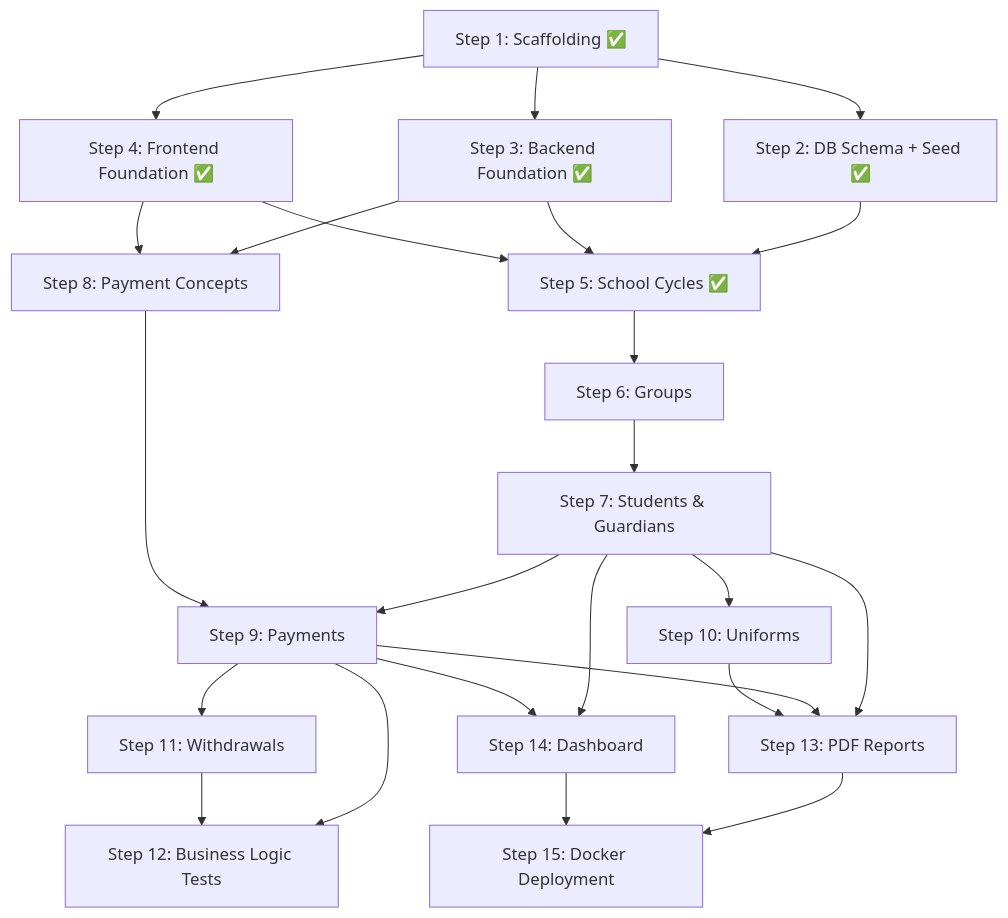
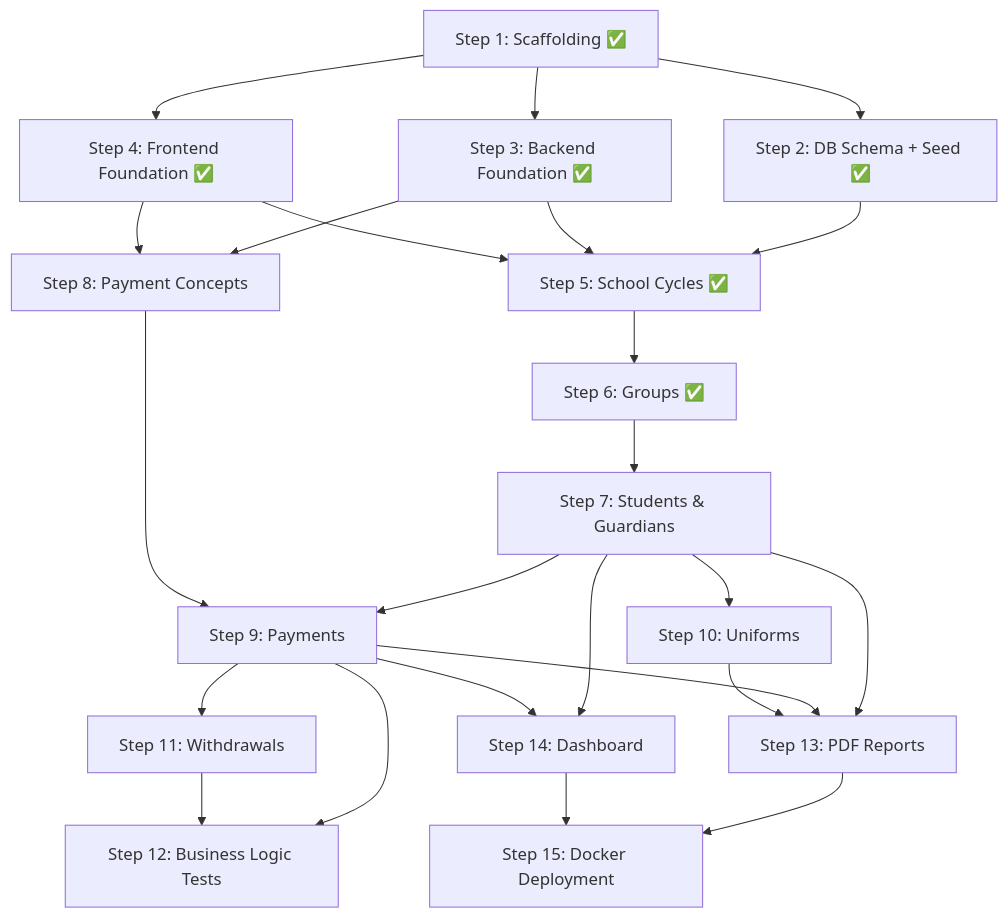
One commit to OmarERz/Sistema_Gestion_Escolar changed the diagram in docs/implementation-plan.md. Above: the diagram before and after it, drawn with Mermaid. The commit also changed other lines of this file and 13 other files, not shown here.

First line of the commit message:
Implement groups module (Step 6)

````diff
--- a/docs/implementation-plan.md
+++ b/docs/implementation-plan.md
@@ -385,35 +386,35 @@
 ```mermaid
 graph TD
     S1[Step 1: Scaffolding ✅] --> S2[Step 2: DB Schema + Seed ✅]
     S1 --> S3[Step 3: Backend Foundation ✅]
     S1 --> S4[Step 4: Frontend Foundation ✅]
 
     S2 --> S5[Step 5: School Cycles ✅]
     S3 --> S5
     S4 --> S5
 
-    S5 --> S6[Step 6: Groups]
+    S5 --> S6[Step 6: Groups ✅]
     S6 --> S7[Step 7: Students & Guardians]
 
     S3 --> S8[Step 8: Payment Concepts]
     S4 --> S8
 
     S7 --> S9[Step 9: Payments]
     S8 --> S9
 
     S7 --> S10[Step 10: Uniforms]
     S9 --> S11[Step 11: Withdrawals]
 
     S9 --> S12[Step 12: Business Logic Tests]
     S11 --> S12
 
     S7 --> S13[Step 13: PDF Reports]
     S9 --> S13
     S10 --> S13
 
     S7 --> S14[Step 14: Dashboard]
     S9 --> S14
 
     S13 --> S15[Step 15: Docker Deployment]
     S14 --> S15
 ```
````
